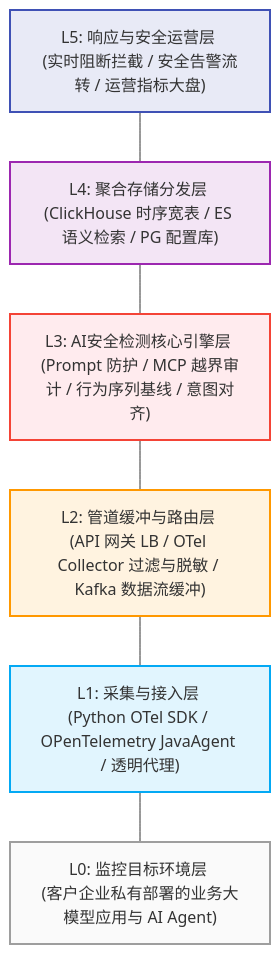
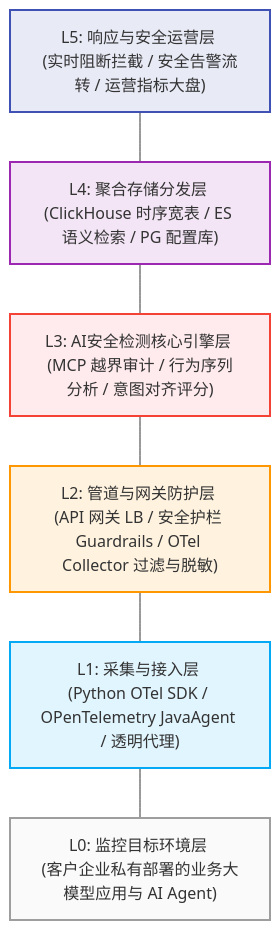
The first of 2 diagrams in 设计文档/架构文档/ai_agent_security_platform.md (jianbinzhang1987/ai-security-platform), drawn with Mermaid before and after one commit. The commit also changed other lines of this file and 5 other files, not shown here.

````diff
--- a/设计文档/架构文档/ai_agent_security_platform.md
+++ b/设计文档/架构文档/ai_agent_security_platform.md
@@ -116,22 +116,22 @@
 ```mermaid
 graph TD
     classDef l0 fill:#fafafa,stroke:#9e9e9e,stroke-width:2px;
     classDef l1 fill:#e1f5fe,stroke:#03a9f4,stroke-width:2px;
     classDef l2 fill:#fff3e0,stroke:#ff9800,stroke-width:2px;
     classDef l3 fill:#ffebee,stroke:#f44336,stroke-width:2px;
     classDef l4 fill:#f3e5f5,stroke:#9c27b0,stroke-width:2px;
     classDef l5 fill:#e8eaf6,stroke:#3f51b5,stroke-width:2px;
 
     L5["L5: 响应与安全运营层 <br/>(实时阻断拦截 / 安全告警流转 / 运营指标大盘)"]:::l5
     L4["L4: 聚合存储分发层 <br/>(ClickHouse 时序宽表 / ES 语义检索 / PG 配置库)"]:::l4
-    L3["L3: AI安全检测核心引擎层 <br/>(Prompt 防护 / MCP 越界审计 / 行为序列基线 / 意图对齐)"]:::l3
-    L2["L2: 管道缓冲与路由层 <br/>(API 网关 LB / OTel Collector 过滤与脱敏 / Kafka 数据流缓冲)"]:::l2
+    L3["L3: AI安全检测核心引擎层 <br/>(MCP 越界审计 / 行为序列分析 / 意图对齐评分)"]:::l3
+    L2["L2: 管道与网关防护层 <br/>(API 网关 LB / 安全护栏 Guardrails / OTel Collector 过滤与脱敏)"]:::l2
     L1["L1: 采集与接入层 <br/>(Python OTel SDK / OPenTelemetry JavaAgent / 透明代理)"]:::l1
     L0["L0: 监控目标环境层 <br/>(客户企业私有部署的业务大模型应用与 AI Agent)"]:::l0
 
     L5 --- L4
     L4 --- L3
     L3 --- L2
     L2 --- L1
     L1 --- L0
 ```
````
